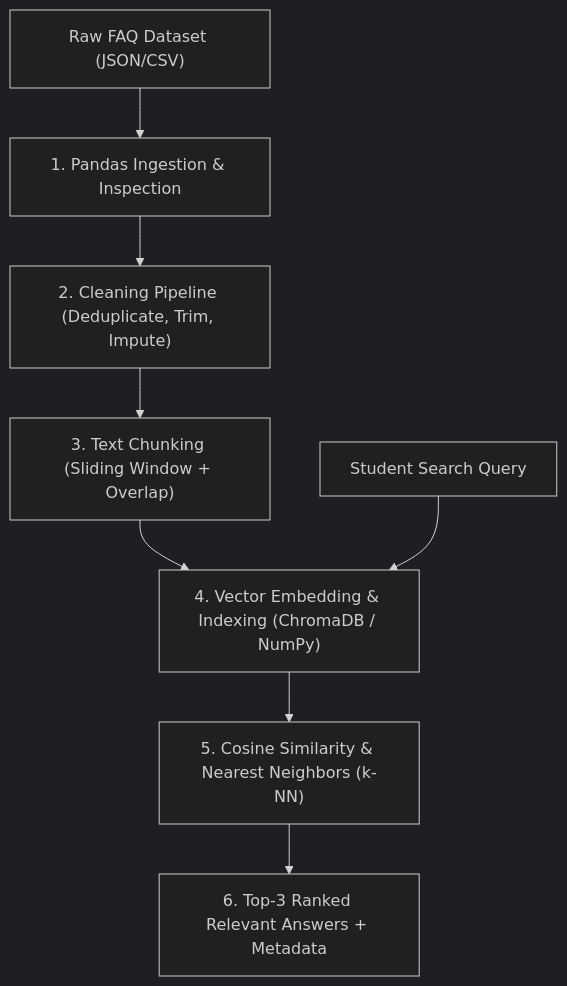
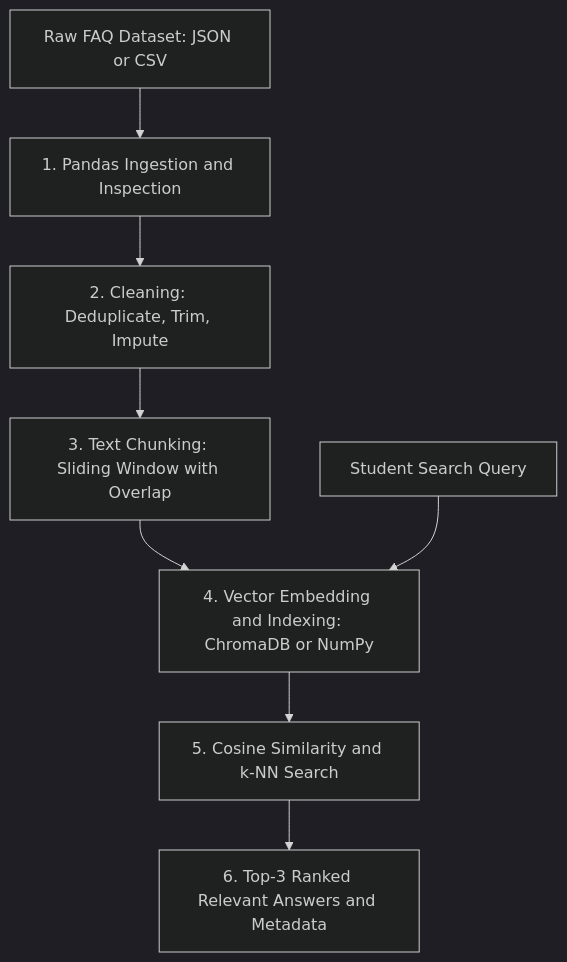
One commit to AbellTT/aws-sbg-tasks changed the diagram in week-02/README.md. Above: the diagram before and after it, drawn with Mermaid (dark theme). The commit also changed 1 other file, not shown here.

Commit message:
fix(week-02): fix mermaid diagram syntax for GitHub rendering and add Colab dataset auto-download

````diff
--- a/week-02/README.md
+++ b/week-02/README.md
@@ -18,11 +18,11 @@
 ```mermaid
 flowchart TD
-    A["Raw FAQ Dataset (JSON/CSV)"] --> B["1. Pandas Ingestion & Inspection"]
-    B --> C["2. Cleaning Pipeline (Deduplicate, Trim, Impute)"]
-    C --> D["3. Text Chunking (Sliding Window + Overlap)"]
-    D --> E["4. Vector Embedding & Indexing (ChromaDB / NumPy)"]
+    A[Raw FAQ Dataset: JSON or CSV] --> B[1. Pandas Ingestion and Inspection]
+    B --> C[2. Cleaning: Deduplicate, Trim, Impute]
+    C --> D[3. Text Chunking: Sliding Window with Overlap]
+    D --> E[4. Vector Embedding and Indexing: ChromaDB or NumPy]
     
-    Q["Student Search Query"] --> E
-    E --> F["5. Cosine Similarity & Nearest Neighbors (k-NN)"]
-    F --> G["6. Top-3 Ranked Relevant Answers + Metadata"]
+    Q[Student Search Query] --> E
+    E --> F[5. Cosine Similarity and k-NN Search]
+    F --> G[6. Top-3 Ranked Relevant Answers and Metadata]
 ```
````
